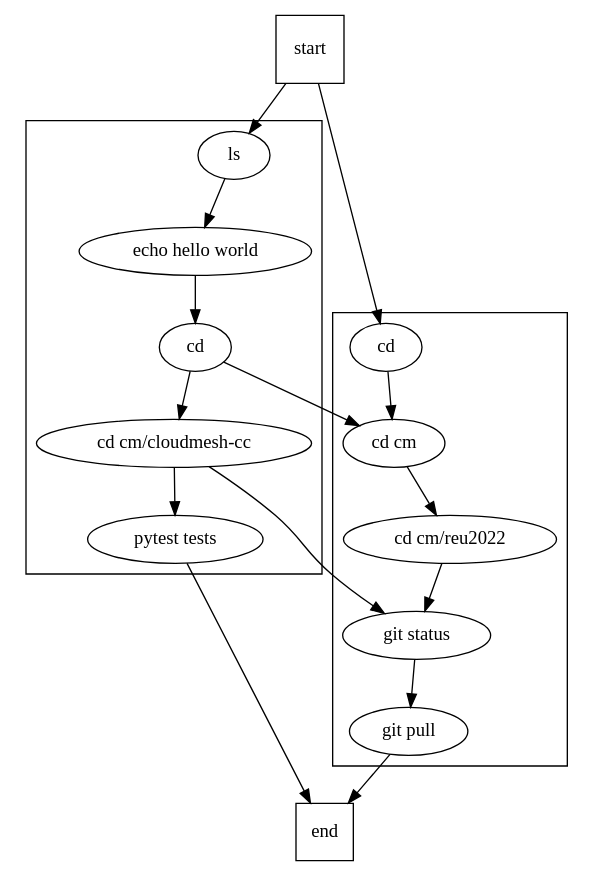
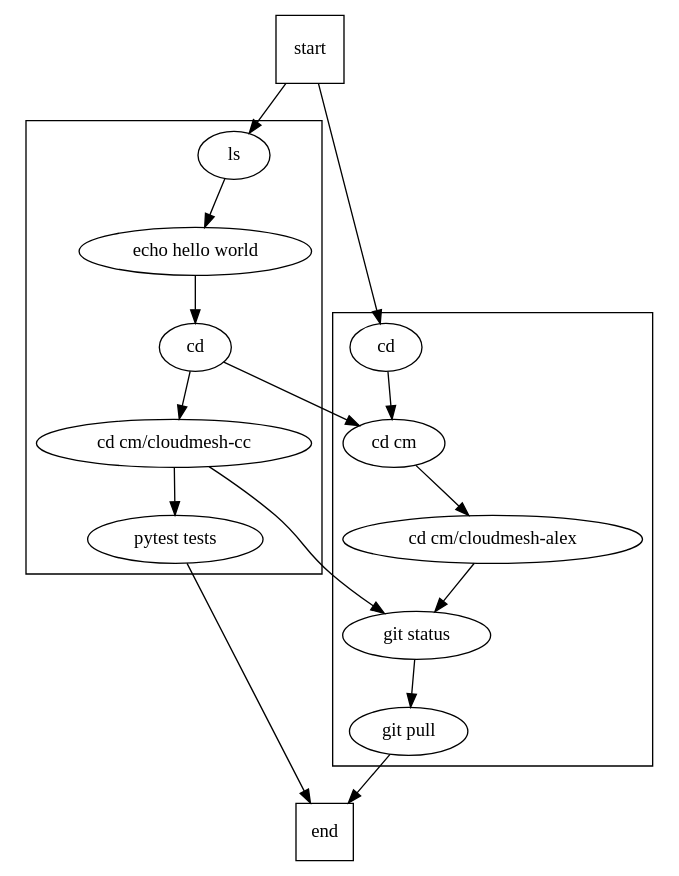
Before and after one commit to cybertraining-dsc/reu2022: the diagram in project/graphs/graphs-graphviz/examples/subgraph-graphviz.gv, drawn with Graphviz. The commit also changed 4 other files, not shown here.

Commit message:
Changed fig 2 in graphviz.md

```diff
--- a/project/graphs/graphs-graphviz/examples/subgraph-graphviz.gv
+++ b/project/graphs/graphs-graphviz/examples/subgraph-graphviz.gv
@@ -1,32 +1,32 @@
 digraph "jobs in queues" {
 	subgraph cluster_1 {
 		"job-1" [label=ls]
 		"job-2" [label="echo hello world"]
 		"job-3" [label=cd]
 		"job-4" [label="cd cm/cloudmesh-cc"]
 		"job-5" [label="pytest tests"]
 		"job-1" -> "job-2"
 		"job-2" -> "job-3"
 		"job-3" -> "job-4"
 		"job-4" -> "job-5"
 	}
 	subgraph cluster_2 {
 		"job-6" [label=cd]
 		"job-7" [label="cd cm"]
-		"job-8" [label="cd cm/reu2022"]
+		"job-8" [label="cd cm/cloudmesh-alex"]
 		"job-9" [label="git status"]
 		"job-10" [label="git pull"]
 		"job-6" -> "job-7"
 		"job-7" -> "job-8"
 		"job-8" -> "job-9"
 		"job-9" -> "job-10"
 	}
 	start -> "job-1"
 	start -> "job-6"
 	"job-5" -> end
 	"job-10" -> end
 	"job-3" -> "job-7"
 	"job-4" -> "job-9"
 	start [shape=square]
 	end [shape=square]
 }
```
